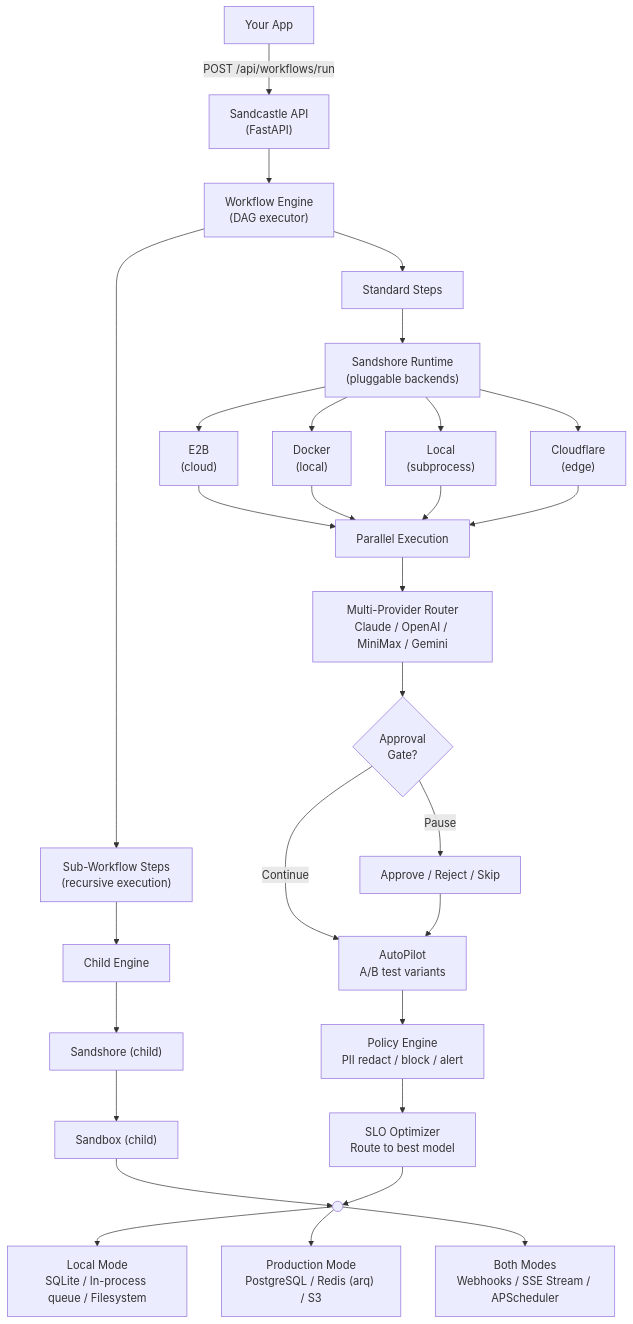
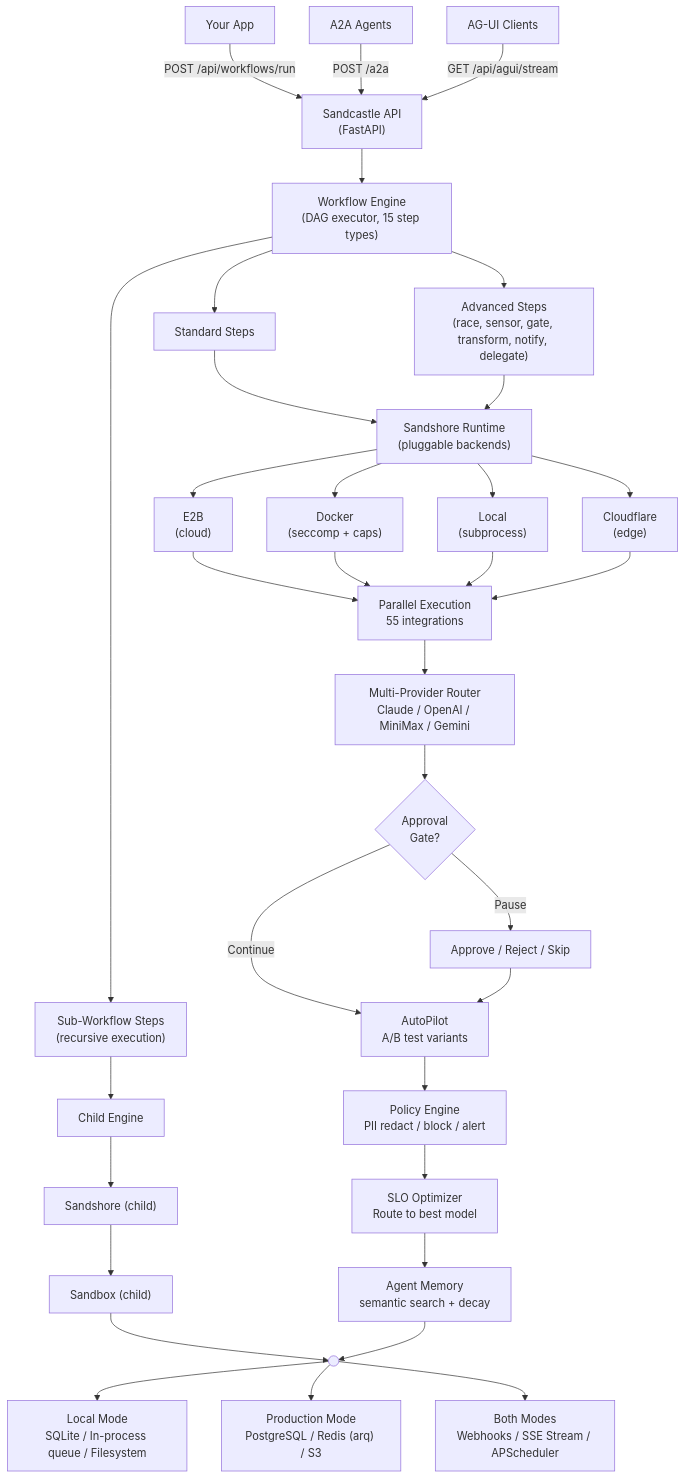
Before and after one commit to gizmax/Sandcastle: the second of 2 diagrams in README.md, drawn with Mermaid. The commit also changed other lines of this file and 28 other files, not shown here.

````diff
--- a/README.md
+++ b/README.md
@@ -1290,41 +1566,47 @@
 ```mermaid
 flowchart TD
     App["Your App"] -->|"POST /api/workflows/run"| API["Sandcastle API\n(FastAPI)"]
-    API --> Engine["Workflow Engine\n(DAG executor)"]
+    A2A["A2A Agents"] -->|"POST /a2a"| API
+    AGUI["AG-UI Clients"] -->|"GET /api/agui/stream"| API
+
+    API --> Engine["Workflow Engine\n(DAG executor, 15 step types)"]
 
     Engine --> Standard["Standard Steps"]
     Engine --> Sub["Sub-Workflow Steps\n(recursive execution)"]
+    Engine --> Advanced["Advanced Steps\n(race, sensor, gate, transform, notify, delegate)"]
 
     Standard --> Sandshore["Sandshore Runtime\n(pluggable backends)"]
     Sub --> Child["Child Engine"]
+    Advanced --> Sandshore
     Child --> SandshoreChild["Sandshore (child)"]
 
     Sandshore --> E2B["E2B\n(cloud)"]
-    Sandshore --> Docker["Docker\n(local)"]
+    Sandshore --> Docker["Docker\n(seccomp + caps)"]
     Sandshore --> Local["Local\n(subprocess)"]
     Sandshore --> CF["Cloudflare\n(edge)"]
     SandshoreChild --> E2B2["Sandbox (child)"]
 
     E2B --> Execution
     Docker --> Execution
     Local --> Execution
     CF --> Execution
     E2B2 --> Merge
 
-    Execution["Parallel Execution"] --> Provider["Multi-Provider Router\nClaude / OpenAI / MiniMax / Gemini"]
+    Execution["Parallel Execution\n55 integrations"] --> Provider["Multi-Provider Router\nClaude / OpenAI / MiniMax / Gemini"]
 
     Provider --> Gate{"Approval\nGate?"}
 
     Gate -->|"Pause"| Review["Approve / Reject / Skip"]
     Gate -->|"Continue"| AutoPilot
 
     Review --> AutoPilot["AutoPilot\nA/B test variants"]
     AutoPilot --> Policy["Policy Engine\nPII redact / block / alert"]
     Policy --> Optimizer["SLO Optimizer\nRoute to best model"]
+    Optimizer --> Memory["Agent Memory\nsemantic search + decay"]
 
-    Optimizer --> Merge((" "))
+    Memory --> Merge((" "))
 
     Merge --> LocalMode["Local Mode\nSQLite / In-process queue / Filesystem"]
     Merge --> ProdMode["Production Mode\nPostgreSQL / Redis (arq) / S3"]
     Merge --> BothModes["Both Modes\nWebhooks / SSE Stream / APScheduler"]
 ```
````
